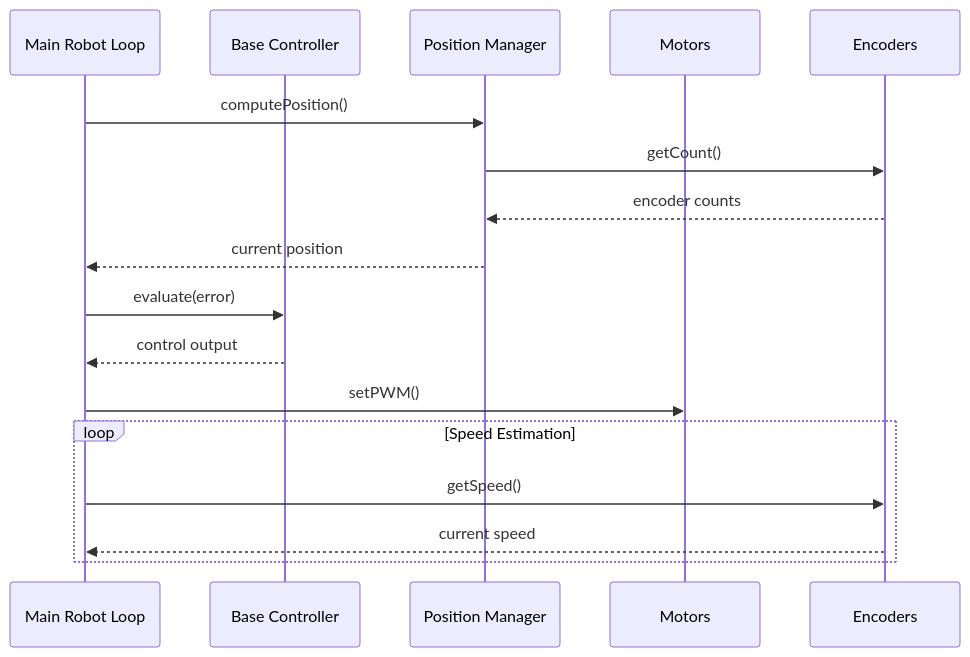
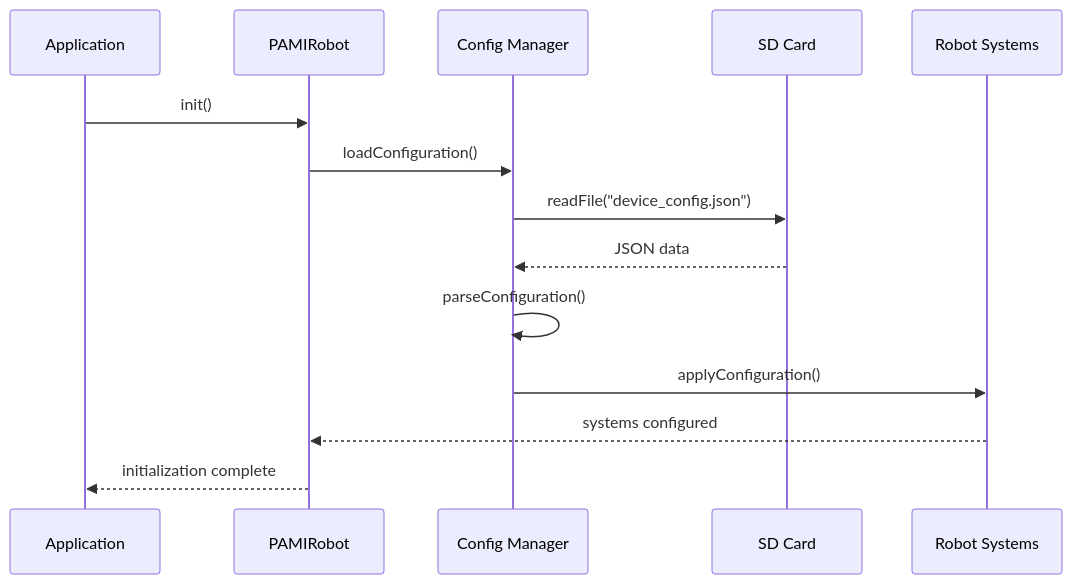
One commit to FogozIV/PAMITeensy changed diagram 14 of 20 in ARCHITECTURE.md. Above: the diagram before and after it, drawn with Mermaid. The commit also changed other lines of this file, not shown here.

Commit message:
Architecture update

````diff
--- a/ARCHITECTURE.md
+++ b/ARCHITECTURE.md
@@ -265,23 +496,17 @@
 ```mermaid
 sequenceDiagram
-    participant MR as Main Robot Loop
-    participant BC as Base Controller
-    participant PM as Position Manager
-    participant M as Motors
-    participant E as Encoders
+    participant App as Application
+    participant Robot as PAMIRobot
+    participant Config as Config Manager
+    participant SD as SD Card
+    participant Systems as Robot Systems
     
-    MR->>PM: computePosition()
-    PM->>E: getCount()
-    E-->>PM: encoder counts
-    PM-->>MR: current position
-    
-    MR->>BC: evaluate(error)
-    BC-->>MR: control output
-    
-    MR->>M: setPWM()
-    
-    loop Speed Estimation
-        MR->>E: getSpeed()
-        E-->>MR: current speed
-    end
+    App->>Robot: init()
+    Robot->>Config: loadConfiguration()
+    Config->>SD: readFile("device_config.json")
+    SD-->>Config: JSON data
+    Config->>Config: parseConfiguration()
+    Config->>Systems: applyConfiguration()
+    Systems-->>Robot: systems configured
+    Robot-->>App: initialization complete
 ```
````
